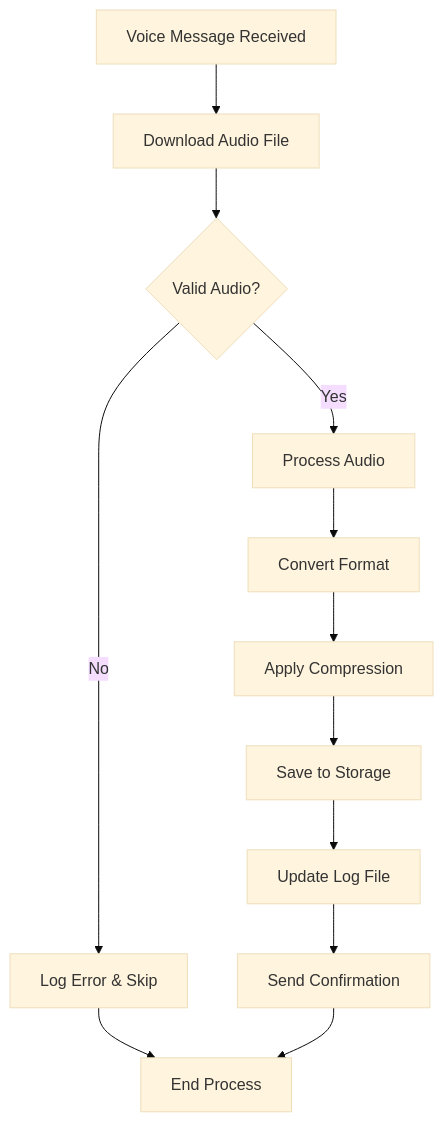
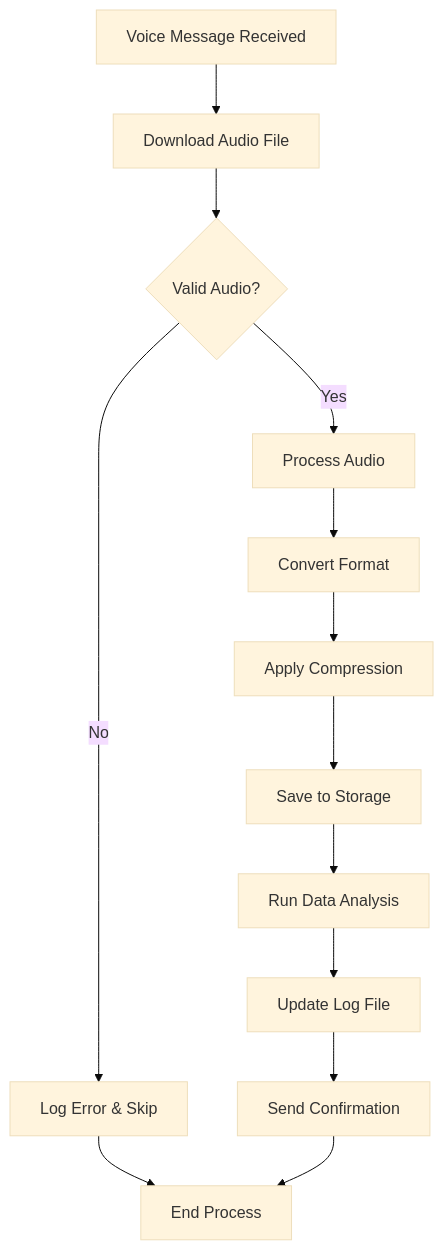
Before and after one commit to ZengSeng/telegram-bot: the second of 2 diagrams in .qoder/repowiki/en/content/Configuration and Customization.md, drawn with Mermaid (base theme). The commit also changed other lines of this file and 9 other files, not shown here.

````diff
--- a/.qoder/repowiki/en/content/Configuration and Customization.md
+++ b/.qoder/repowiki/en/content/Configuration and Customization.md
@@ -132,14 +161,15 @@
 ```mermaid
 flowchart TD
 START["Voice Message Received"] --> DOWNLOAD["Download Audio File"]
 DOWNLOAD --> VALIDATE{"Valid Audio?"}
 VALIDATE --> |No| ERROR["Log Error & Skip"]
 VALIDATE --> |Yes| PROCESS["Process Audio"]
 PROCESS --> CONVERT["Convert Format"]
 CONVERT --> COMPRESS["Apply Compression"]
 COMPRESS --> SAVE["Save to Storage"]
-SAVE --> LOG["Update Log File"]
+SAVE --> ANALYZE["Run Data Analysis"]
+ANALYZE --> LOG["Update Log File"]
 LOG --> RESPONSE["Send Confirmation"]
 ERROR --> END["End Process"]
 RESPONSE --> END
 ```
````
